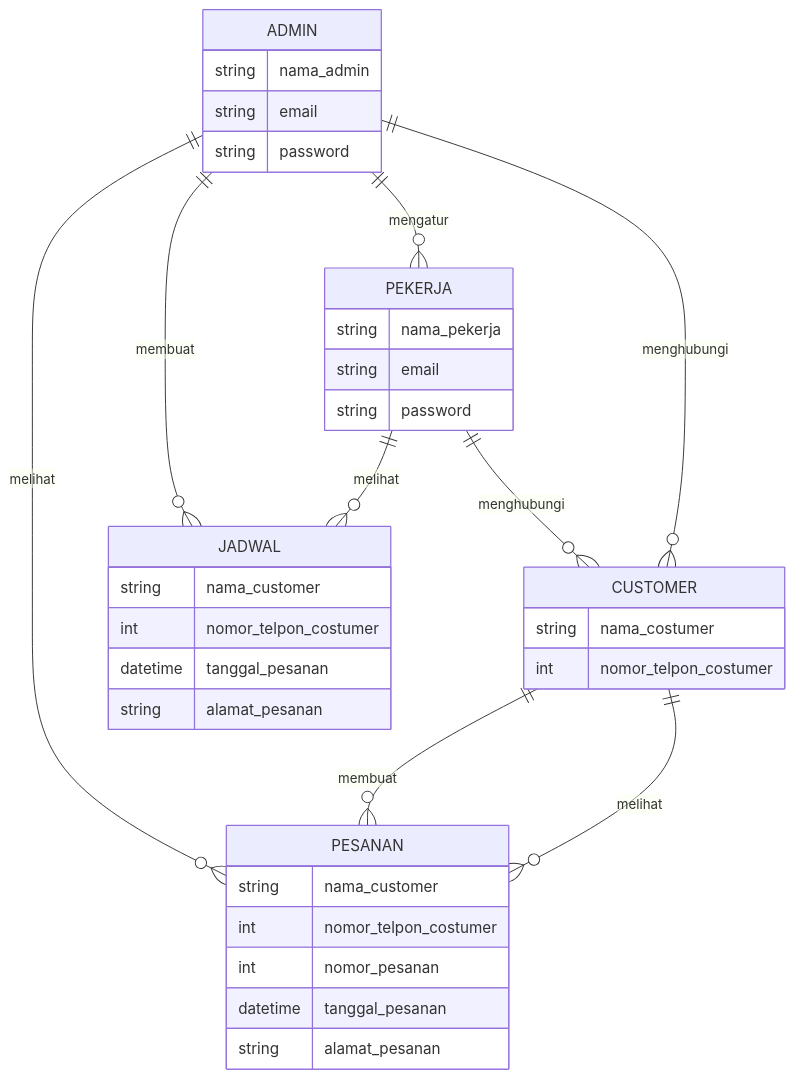
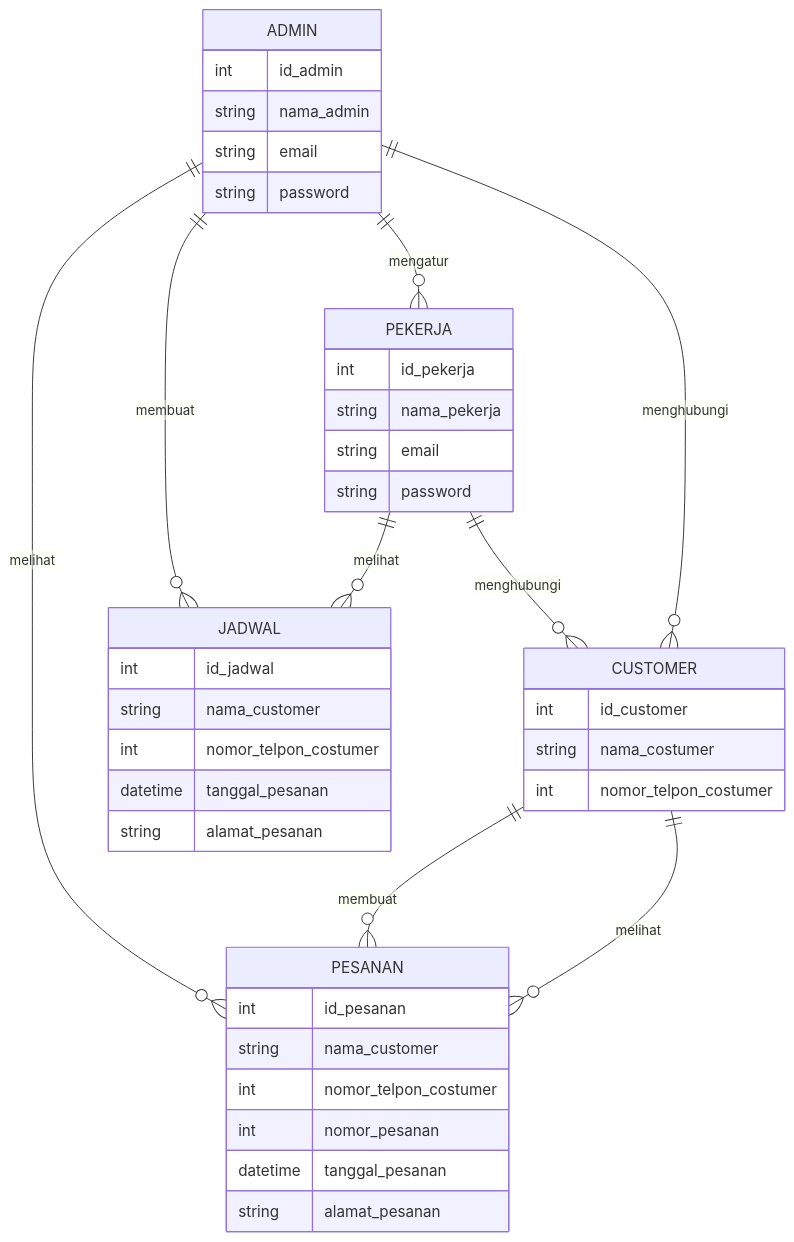
Before and after one commit to joelaey/Design: the first of 2 diagrams in AJS.md, drawn with Mermaid.

````diff
--- a/AJS.md
+++ b/AJS.md
@@ -57,38 +57,43 @@
 ```mermaid
 erDiagram
     CUSTOMER ||--o{ PESANAN : membuat
     CUSTOMER ||--o{ PESANAN : melihat
     CUSTOMER{
+      int id_customer
       string nama_costumer
       int nomor_telpon_costumer
     }
     ADMIN ||--o{ PESANAN : melihat
     ADMIN ||--o{ JADWAL : membuat
     ADMIN ||--o{ PEKERJA : mengatur
     ADMIN ||--o{ CUSTOMER : menghubungi
     ADMIN{
+      int id_admin
       string nama_admin
       string email
       string password
     }
     PEKERJA ||--o{ JADWAL : melihat
     PEKERJA ||--o{ CUSTOMER : menghubungi
     PEKERJA{
+      int id_pekerja
       string nama_pekerja
       string email
       string password
     }
     PESANAN{
-    string nama_customer
+      int id_pesanan
+      string nama_customer
       int nomor_telpon_costumer
       int nomor_pesanan
       datetime tanggal_pesanan
       string alamat_pesanan
     }
     JADWAL{
+      int id_jadwal
       string nama_customer
       int nomor_telpon_costumer
       datetime tanggal_pesanan
       string alamat_pesanan
     }
 ```
````
